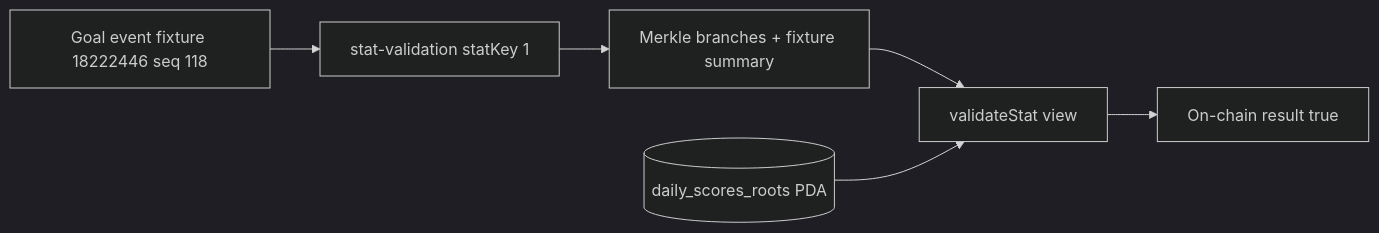
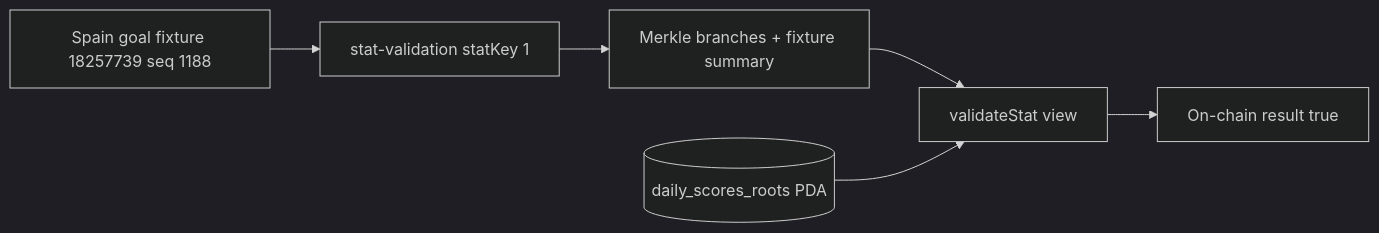
The eighth of 11 diagrams in ARCHITECTURE.md (karagozemin/RAVEN), drawn with Mermaid (dark theme) before and after one commit. The commit also changed other lines of this file and 26 other files, not shown here.

````diff
--- a/ARCHITECTURE.md
+++ b/ARCHITECTURE.md
@@ -278,8 +280,8 @@
 ```mermaid
 flowchart LR
-    E[Goal event fixture 18222446 seq 118] --> API[stat-validation statKey 1]
+    E[Spain goal fixture 18257739 seq 1188] --> API[stat-validation statKey 1]
     API --> MP[Merkle branches + fixture summary]
     MP --> V[validateStat view]
     PDA[(daily_scores_roots PDA)] --> V
     V --> OK[On-chain result true]
 ```
````
